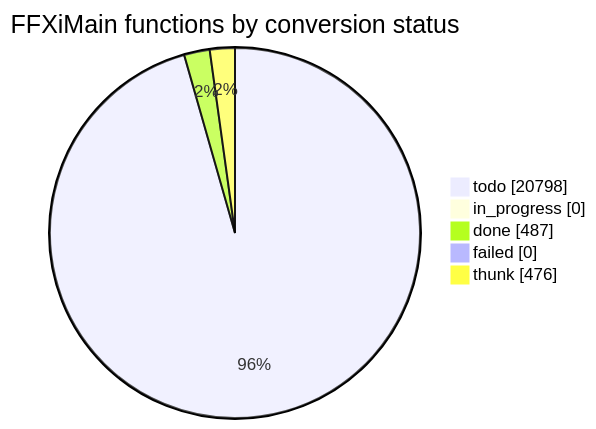
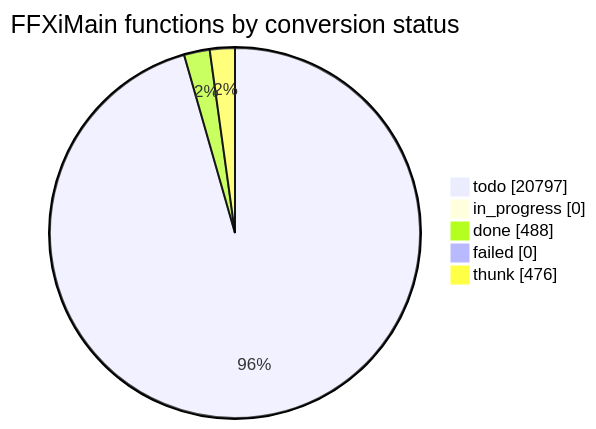
Before and after one commit to cowrevenge/cow_kuluu_xi_anything: the diagram in docs/cow/STATUS.md, drawn with Mermaid. The commit also changed other lines of this file and 9 other files, not shown here.

````diff
--- a/docs/cow/STATUS.md
+++ b/docs/cow/STATUS.md
@@ -18,9 +18,9 @@
 ```mermaid
 pie showData
     title FFXiMain functions by conversion status
-    "todo" : 20798
+    "todo" : 20797
     "in_progress" : 0
-    "done" : 487
+    "done" : 488
     "failed" : 0
     "thunk" : 476
 ```
````
